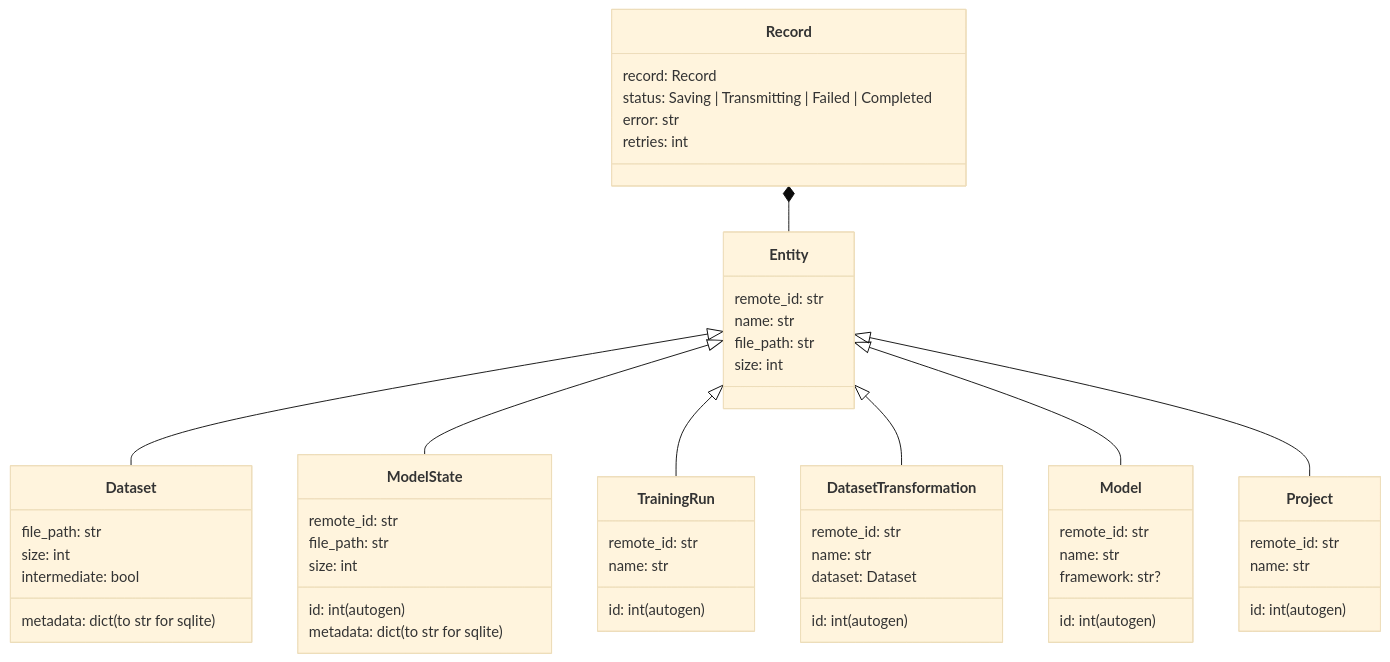
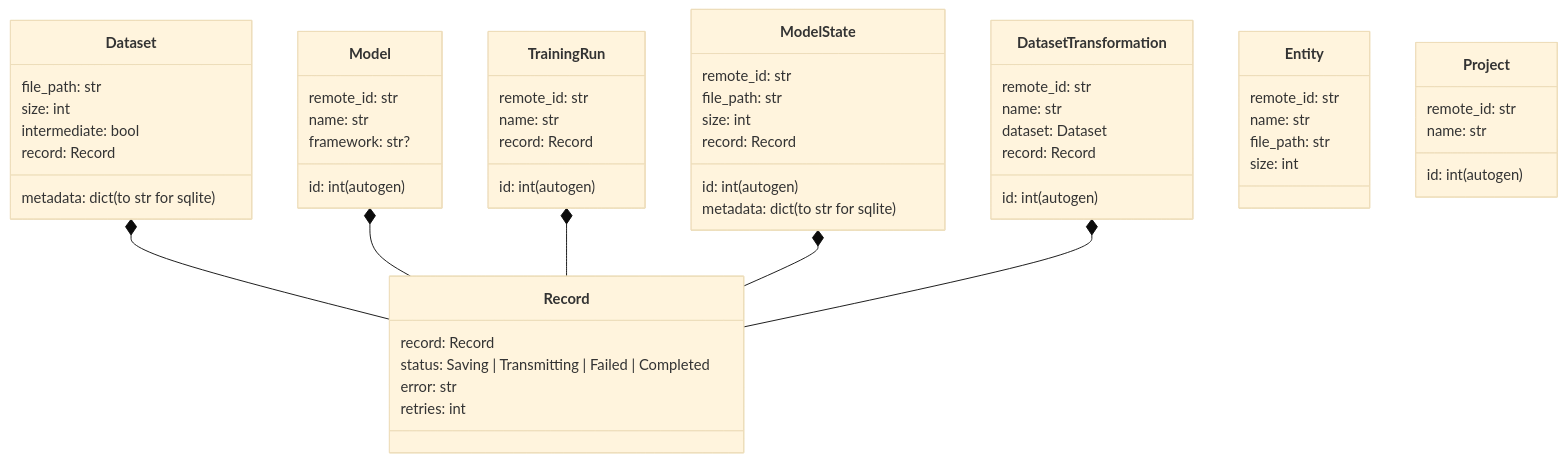
One commit to seclea/seclea_ai changed the fourth of 5 diagrams in docs/design/architecture.md. Above: the diagram before and after it, drawn with Mermaid (base theme). The commit also changed other lines of this file and 8 other files, not shown here.

Commit message:
Add persistence models. Add schemas for data validation and serialization. Update Datasets without transformations to test use of schemas and persistent classes. Add db config to settings.

````diff
--- a/docs/design/architecture.md
+++ b/docs/design/architecture.md
@@ -182,67 +180,69 @@
 ```mermaid
     classDiagram
 
-    Entity <|-- Dataset
-    Entity <|-- ModelState
-    Entity <|-- TrainingRun
-    Entity <|-- DatasetTransformation
-    Entity <|-- Model
-    Entity <|-- Project
-    Record *-- Entity
+    Dataset *-- Record
+    Model *-- Record
+    TrainingRun *-- Record
+    ModelState *-- Record
+    DatasetTransformation *-- Record
 
     class Record {
         record: Record
         status: Saving | Transmitting | Failed | Completed
         error: str
         retries: int 
     }
 
     class Entity {
         remote_id: str
         name: str
         file_path: str
         size: int
+        
     }
 
     class Dataset {
         file_path: str
         size: int
         intermediate: bool
         metadata: dict (to str for sqlite)
+        record: Record
     }
 
     class ModelState {
         id: int (autogen)
         remote_id: str
         file_path: str
         size: int
         metadata: dict (to str for sqlite)
-        
+        record: Record
     }
 
     class DatasetTransformation {
       id: int (autogen)
       remote_id: str
       name: str
       dataset: Dataset
+      record: Record
     }
 
     class TrainingRun {
       id: int (autogen)
       remote_id: str
       name: str
+      record: Record
     }
 
     class Model {
       id: int (autogen)
       remote_id: str
       name: str
       framework: str?
     }
 
     class Project {
       id: int (autogen)
       remote_id: str
       name: str
     }
 ```
````
